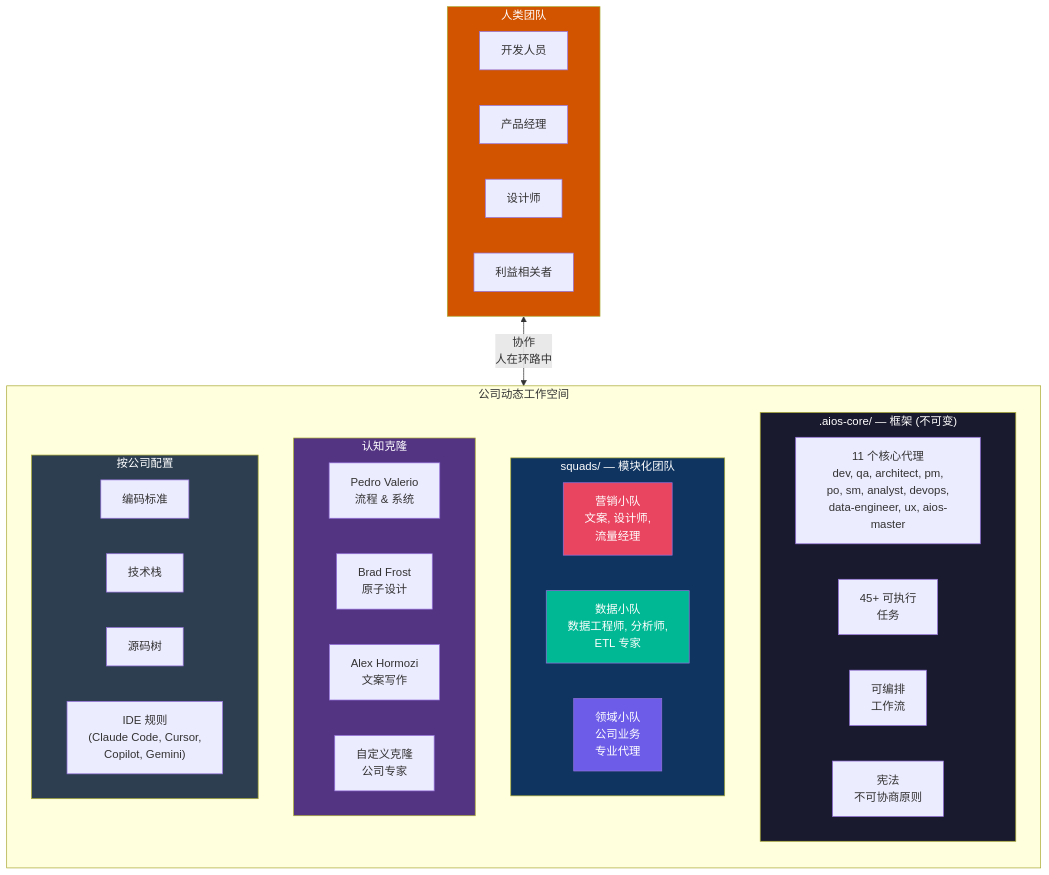
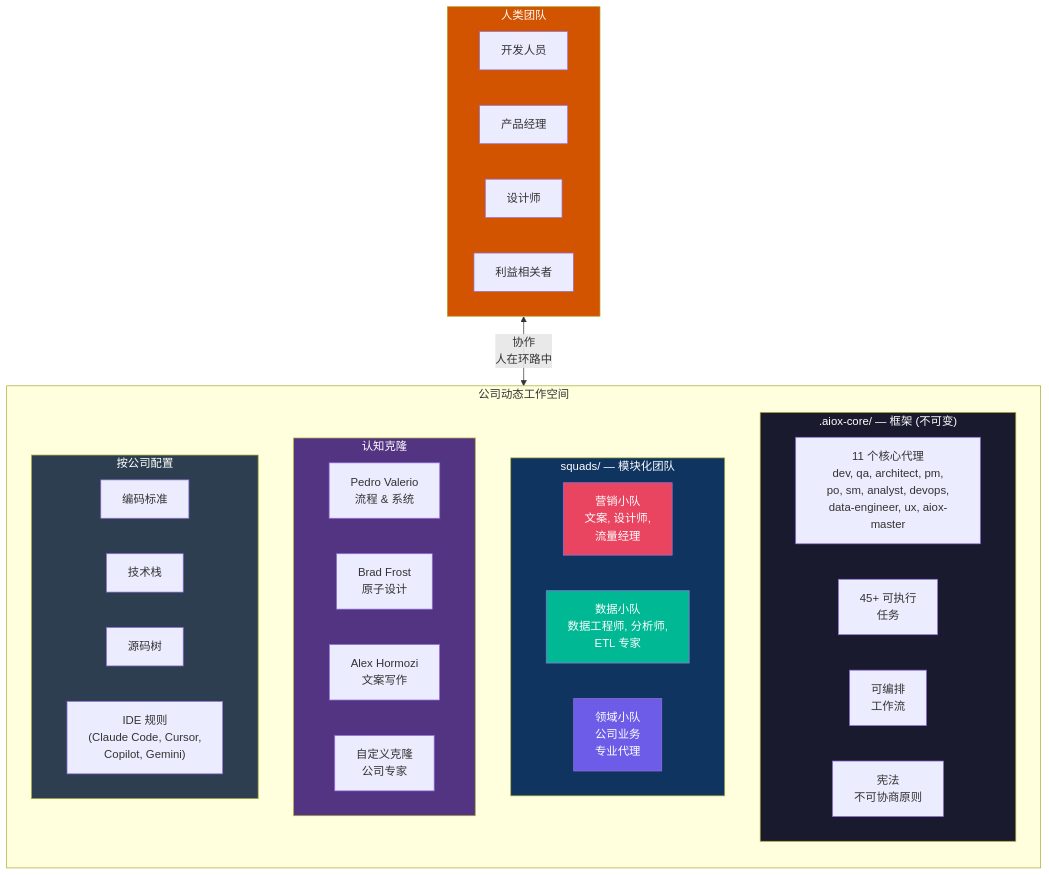
One commit to henriquetj159/henriquetj changed the eighth of 12 diagrams in docs/zh/architecture/AIOX-VISUAL-OVERVIEW.md. Above: the diagram before and after it, drawn with Mermaid. The commit also changed other lines of this file and 2056 other files, not shown here.

First line of the commit message:
chore: update aios→aiox references in file contents

````diff
--- a/docs/zh/architecture/AIOX-VISUAL-OVERVIEW.md
+++ b/docs/zh/architecture/AIOX-VISUAL-OVERVIEW.md
@@ -335,51 +335,51 @@
 ```mermaid
 flowchart TB
     subgraph WS["公司动态工作空间"]
         direction TB
 
-        subgraph FRAMEWORK[".aios-core/ — 框架 (不可变)"]
-            AGENTS_CORE["11 个核心代理<br/>dev, qa, architect, pm,<br/>po, sm, analyst, devops,<br/>data-engineer, ux, aios-master"]
+        subgraph FRAMEWORK[".aiox-core/ — 框架 (不可变)"]
+            AGENTS_CORE["11 个核心代理<br/>dev, qa, architect, pm,<br/>po, sm, analyst, devops,<br/>data-engineer, ux, aiox-master"]
             TASKS_CORE["45+ 可执行<br/>任务"]
             WORKFLOWS["可编排<br/>工作流"]
             CONSTITUTION["宪法<br/>不可协商原则"]
         end
 
         subgraph SQUADS["squads/ — 模块化团队"]
             SQ1["营销小队<br/>文案, 设计师,<br/>流量经理"]
             SQ2["数据小队<br/>数据工程师, 分析师,<br/>ETL 专家"]
             SQ3["领域小队<br/>公司业务<br/>专业代理"]
         end
 
         subgraph MINDS["认知克隆"]
             M1["Pedro Valerio<br/>流程 & 系统"]
             M2["Brad Frost<br/>原子设计"]
             M3["Alex Hormozi<br/>文案写作"]
             M4["自定义克隆<br/>公司专家"]
         end
 
         subgraph CONFIG["按公司配置"]
             CS["编码标准"]
             TS["技术栈"]
             ST["源码树"]
             IDE["IDE 规则<br/>(Claude Code, Cursor,<br/>Copilot, Gemini)"]
         end
     end
 
     subgraph HUMANS["人类团队"]
         DEV_H["开发人员"]
         PM_H["产品经理"]
         DESIGN_H["设计师"]
         STAKEHOLDERS["利益相关者"]
     end
 
     HUMANS <-->|"协作<br/>人在环路中"| WS
 
     style FRAMEWORK fill:#1a1a2e,color:#fff
     style SQUADS fill:#0f3460,color:#fff
     style MINDS fill:#533483,color:#fff
     style CONFIG fill:#2c3e50,color:#fff
     style HUMANS fill:#d35400,color:#fff
     style SQ1 fill:#e94560,color:#fff
     style SQ2 fill:#00b894,color:#fff
     style SQ3 fill:#6c5ce7,color:#fff
 ```
````
